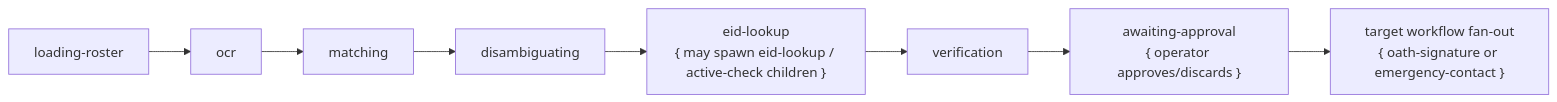
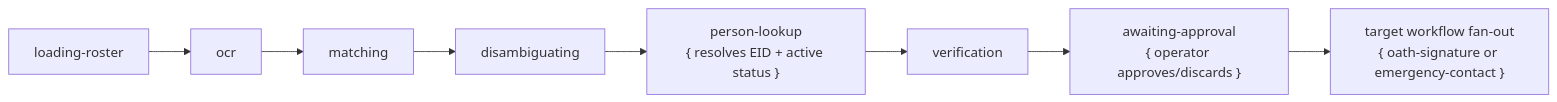
One commit to julianthant/hr-automation changed the diagram in docs/workflow/ocr.md. Above: the diagram before and after it, drawn with Mermaid. The commit also changed other lines of this file and 28 other files, not shown here.

First line of the commit message:
refactor(person-lookup): hide retired workflow ids from dashboard surfaces

````diff
--- a/docs/workflow/ocr.md
+++ b/docs/workflow/ocr.md
@@ -11,10 +11,10 @@
 ```mermaid
 flowchart LR
   A["loading-roster"] --> B["ocr"]
   B --> C["matching"]
   C --> D["disambiguating"]
-  D --> E["eid-lookup<br/>{ may spawn eid-lookup / active-check children }"]
+  D --> E["person-lookup<br/>{ resolves EID + active status }"]
   E --> F["verification"]
   F --> G["awaiting-approval<br/>{ operator approves/discards }"]
   G --> H["target workflow fan-out<br/>{ oath-signature or emergency-contact }"]
 ```
````
